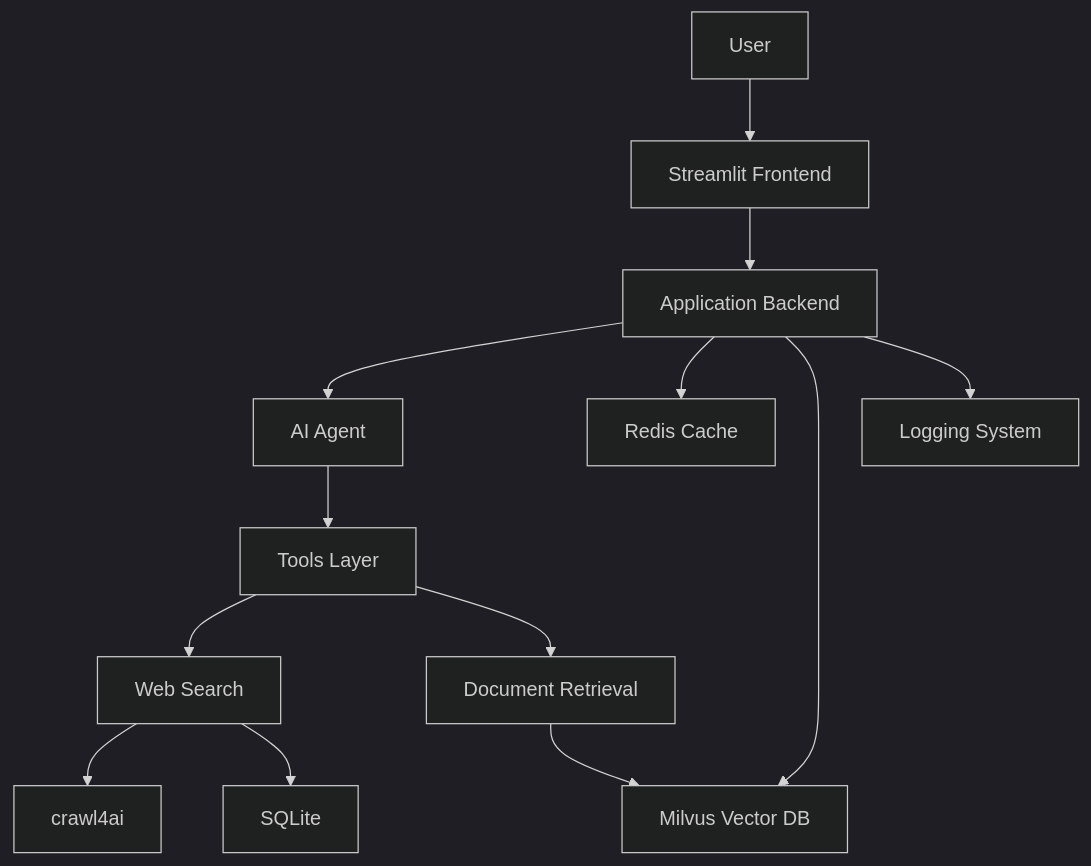
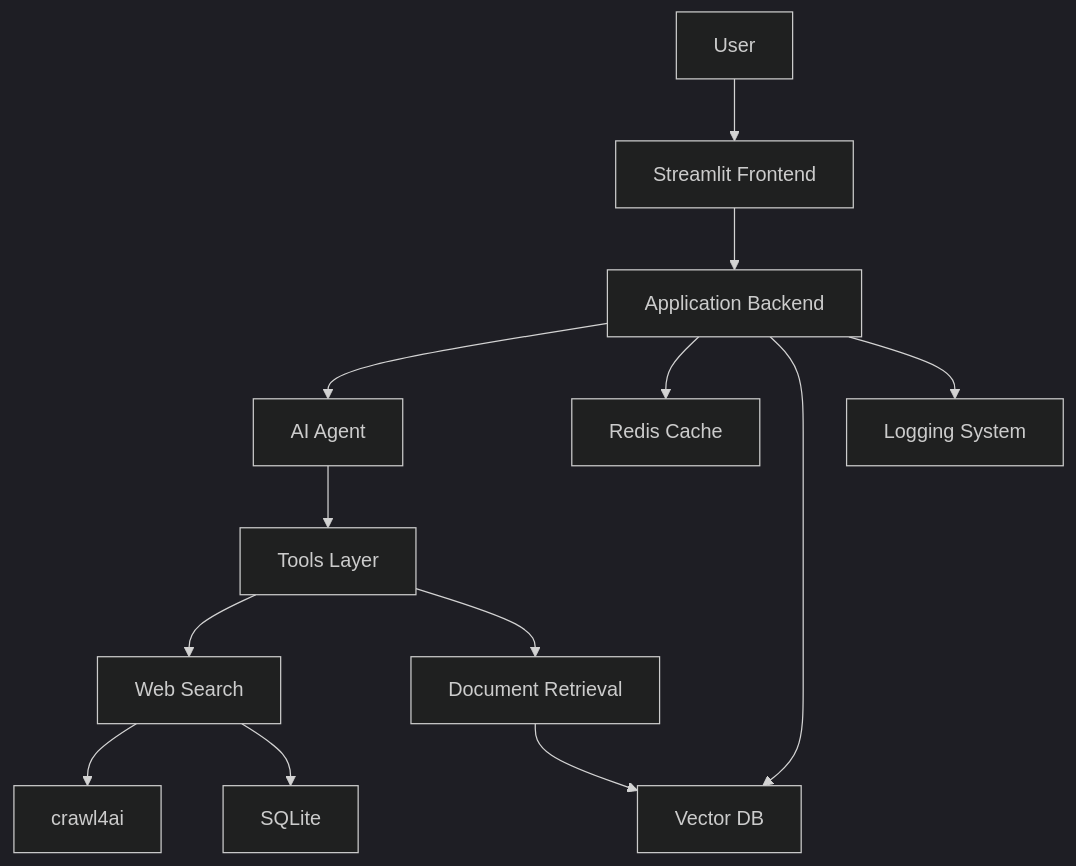
One commit to virtUOS/askUOS changed the diagram in docs/architecture/overview.md. Above: the diagram before and after it, drawn with Mermaid (dark theme). The commit also changed other lines of this file and 6 other files, not shown here.

````diff
--- a/docs/architecture/overview.md
+++ b/docs/architecture/overview.md
@@ -7,15 +7,15 @@
 ```mermaid
 graph TB
     User[User] --> Frontend[Streamlit Frontend]
     Frontend --> Backend[Application Backend]
     Backend --> AI[AI Agent]
     Backend --> Cache[Redis Cache]
-    Backend --> VectorDB[Milvus Vector DB]
+    Backend --> DB[Vector DB]
     AI --> Tools[Tools Layer]
     Tools --> WebSearch[Web Search]
     Tools --> DocRetrieval[Document Retrieval]
-    DocRetrieval --> VectorDB
+    DocRetrieval --> DB
     WebSearch --> Crawler[crawl4ai]
     WebSearch --> SQLite[SQLite]
     Backend --> Logs[Logging System]
 ```
````
